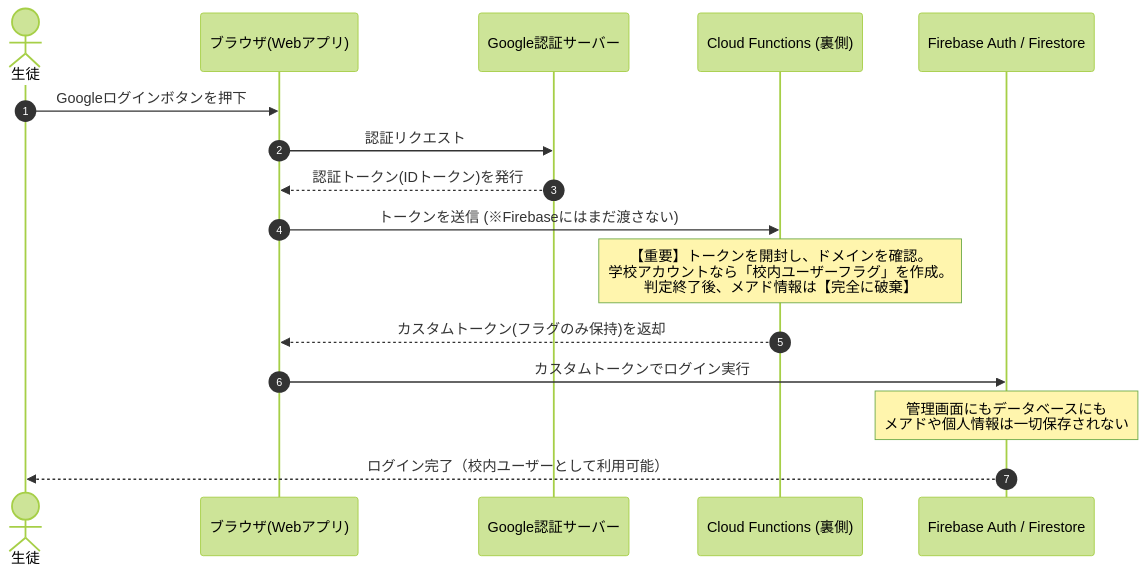
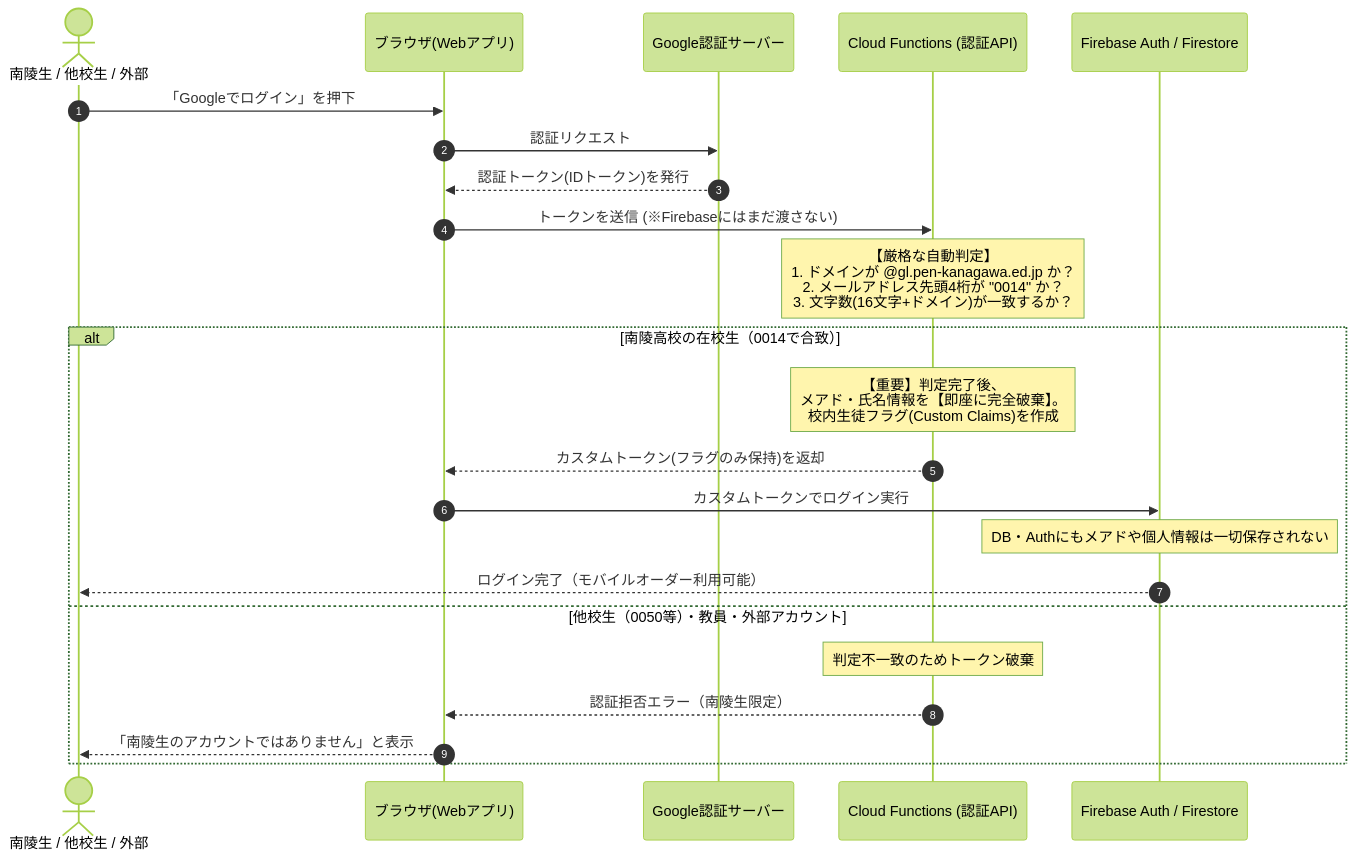
Before and after one commit to ynr-cs/nanryosai2026: the diagram in 設計図/data/ログインシステム案.md, drawn with Mermaid (forest theme). The commit also changed other lines of this file and 1 other file, not shown here.

````diff
--- a/設計図/data/ログインシステム案.md
+++ b/設計図/data/ログインシステム案.md
@@ -19,23 +55,28 @@
 ```mermaid
 sequenceDiagram
     autonumber
-    actor User as 生徒
+    actor User as 南陵生 / 他校生 / 外部
     participant Frontend as ブラウザ(Webアプリ)
     participant Google as Google認証サーバー
-    participant Functions as Cloud Functions (裏側)
+    participant Functions as Cloud Functions (認証API)
     participant Firebase as Firebase Auth / Firestore
 
-    User->>Frontend: Googleログインボタンを押下
+    User->>Frontend: 「Googleでログイン」を押下
     Frontend->>Google: 認証リクエスト
     Google-->>Frontend: 認証トークン(IDトークン)を発行
     Frontend->>Functions: トークンを送信 (※Firebaseにはまだ渡さない)
 
-    Note over Functions: 【重要】トークンを開封し、ドメインを確認。<br/>学校アカウントなら「校内ユーザーフラグ」を作成。<br/>判定終了後、メアド情報は【完全に破棄】
+    Note over Functions: 【厳格な自動判定】<br/>1. ドメインが @gl.pen-kanagawa.ed.jp か？<br/>2. メールアドレス先頭4桁が "0014" か？<br/>3. 文字数(16文字+ドメイン)が一致するか？
 
-    Functions-->>Frontend: カスタムトークン(フラグのみ保持)を返却
-    Frontend->>Firebase: カスタムトークンでログイン実行
-
-    Note over Firebase: 管理画面にもデータベースにも<br/>メアドや個人情報は一切保存されない
-
-    Firebase-->>User: ログイン完了（校内ユーザーとして利用可能）
+    alt 南陵高校の在校生（0014で合致）
+        Note over Functions: 【重要】判定完了後、<br/>メアド・氏名情報を【即座に完全破棄】。<br/>校内生徒フラグ(Custom Claims)を作成
+        Functions-->>Frontend: カスタムトークン(フラグのみ保持)を返却
+        Frontend->>Firebase: カスタムトークンでログイン実行
+        Note over Firebase: DB・Authにもメアドや個人情報は一切保存されない
+        Firebase-->>User: ログイン完了（モバイルオーダー利用可能）
+    else 他校生（0050等）・教員・外部アカウント
+        Note over Functions: 判定不一致のためトークン破棄
+        Functions-->>Frontend: 認証拒否エラー（南陵生限定）
+        Frontend-->>User: 「南陵生のアカウントではありません」と表示
+    end
 ```
````
